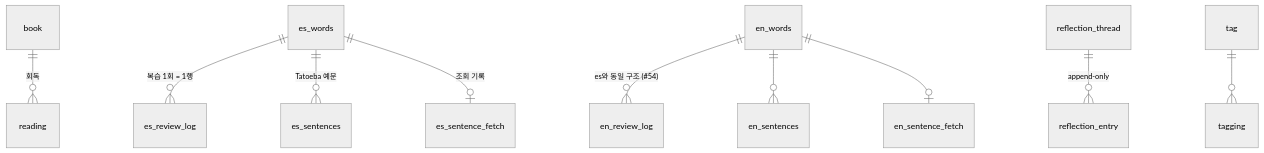
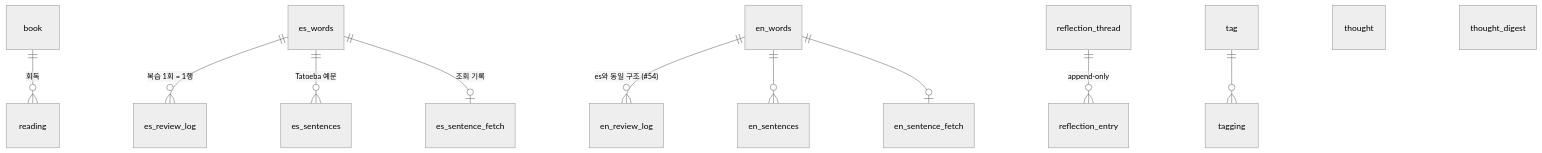
Before and after one commit to LeeSongHeon-LSH/LSHobby: the diagram in docs/09-erd-ddl.md, drawn with Mermaid (neutral theme). The commit also changed other lines of this file and 17 other files, not shown here.

````diff
--- a/docs/09-erd-ddl.md
+++ b/docs/09-erd-ddl.md
@@ -14,15 +16,18 @@
 ```mermaid
 erDiagram
     %% library
     book ||--o{ reading : "회독"
     %% language
     es_words ||--o{ es_review_log : "복습 1회 = 1행"
     es_words ||--o{ es_sentences : "Tatoeba 예문"
     es_words ||--o| es_sentence_fetch : "조회 기록"
     en_words ||--o{ en_review_log : "es와 동일 구조 (#54)"
     en_words ||--o{ en_sentences : ""
     en_words ||--o| en_sentence_fetch : ""
     %% shared
     reflection_thread ||--o{ reflection_entry : "append-only"
     tag ||--o{ tagging : ""
+    %% thought — FK 없는 독립 2테이블 (digest는 day 축으로만 대응, scripts/digest-thoughts.mjs)
+    thought
+    thought_digest
 ```
````
